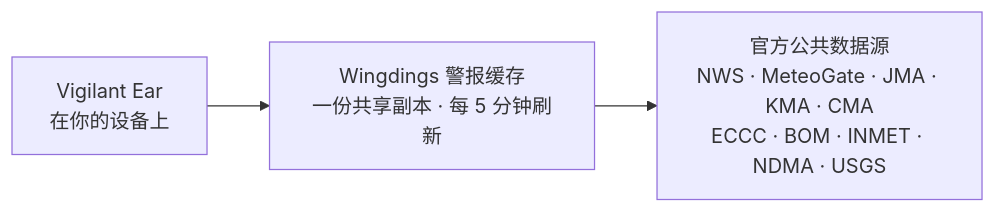
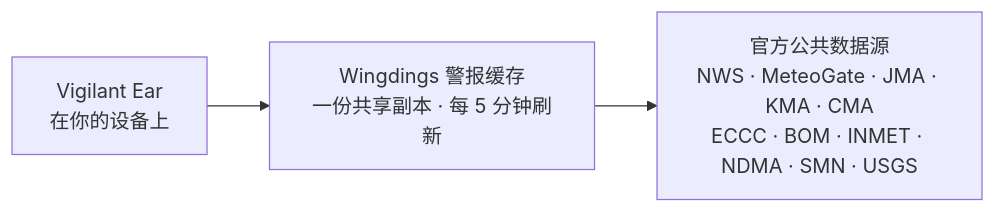
The fourth of 4 diagrams in README_zh-Hans.md (rpalm01-star/VigilantEarLegal), drawn with Mermaid before and after one commit. The commit also changed other lines of this file and 44 other files, not shown here.

````diff
--- a/README_zh-Hans.md
+++ b/README_zh-Hans.md
@@ -171,5 +171,5 @@
 ```mermaid
 graph LR
     P1["Vigilant Ear<br/>在你的设备上"] --> W["Wingdings 警报缓存<br/>一份共享副本 · 每 5 分钟刷新"]
-    W --> N["官方公共数据源<br/>NWS · MeteoGate · JMA · KMA · CMA<br/>ECCC · BOM · INMET · NDMA · USGS"]
+    W --> N["官方公共数据源<br/>NWS · MeteoGate · JMA · KMA · CMA<br/>ECCC · BOM · INMET · NDMA · SMN · USGS"]
 ```
````
